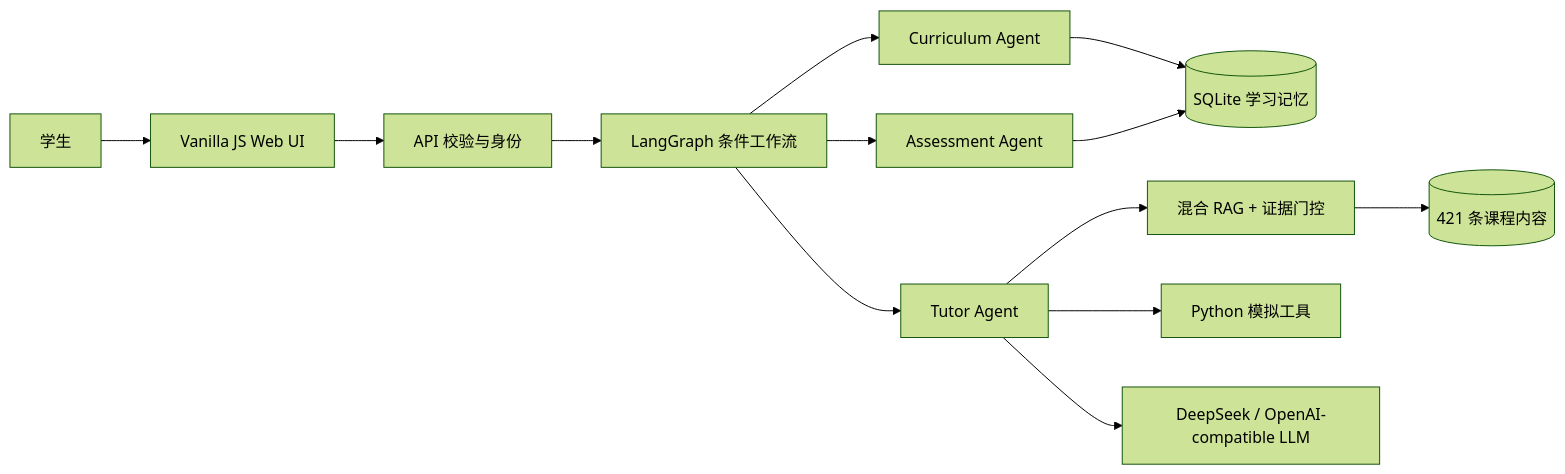
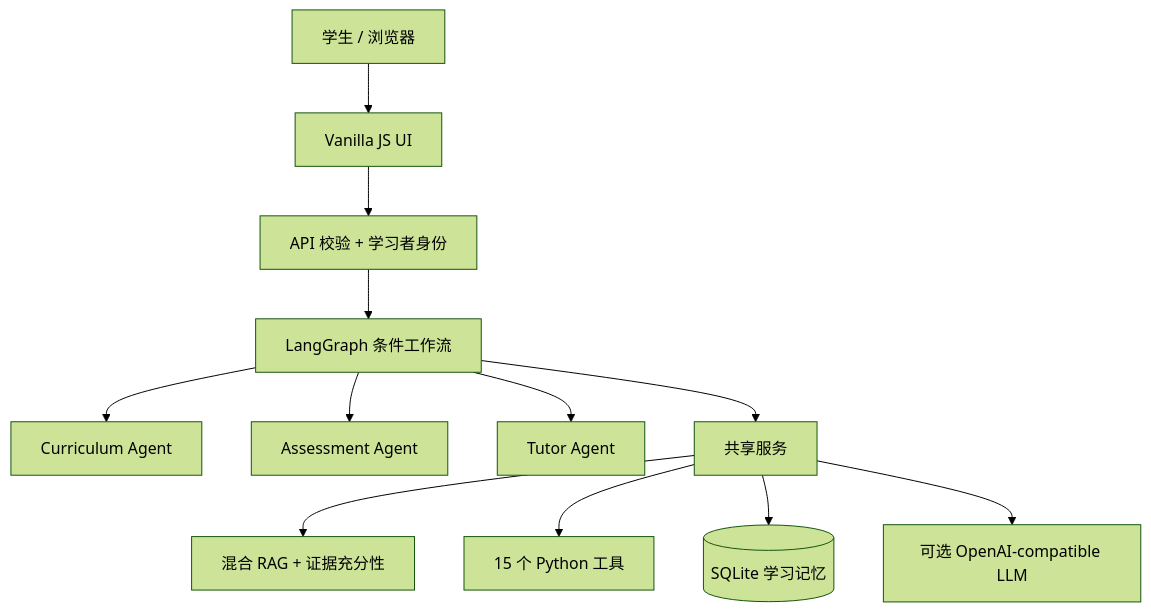
Before and after one commit to JW35711/ai-tutor-for-stochastic-processes: the diagram in README.zh-CN.md, drawn with Mermaid (forest theme). The commit also changed other lines of this file and 6 other files, not shown here.

Commit message:
docs: align portfolio narrative with actual architecture

````diff
--- a/README.zh-CN.md
+++ b/README.zh-CN.md
@@ -58,15 +60,14 @@
 ```mermaid
-flowchart LR
-    U[学生] --> W[Vanilla JS Web UI]
-    W --> A[API 校验与身份]
-    A --> G[LangGraph 条件工作流]
-    G --> C[Curriculum Agent]
-    G --> T[Tutor Agent]
-    G --> Q[Assessment Agent]
-    C --> S[(SQLite 学习记忆)]
-    Q --> S
-    T --> R[混合 RAG + 证据门控]
-    T --> P[Python 模拟工具]
-    T --> L[DeepSeek / OpenAI-compatible LLM]
-    R --> K[(421 条课程内容)]
+flowchart TD
+    STUDENT[学生 / 浏览器] --> UI[Vanilla JS UI]
+    UI --> API[API 校验 + 学习者身份]
+    API --> GRAPH[LangGraph 条件工作流]
+    GRAPH --> CURRICULUM[Curriculum Agent]
+    GRAPH --> ASSESSMENT[Assessment Agent]
+    GRAPH --> TUTOR[Tutor Agent]
+    GRAPH --> SERVICES[共享服务]
+    SERVICES --> RAG[混合 RAG + 证据充分性]
+    SERVICES --> PYTHON[15 个 Python 工具]
+    SERVICES --> SQLITE[(SQLite 学习记忆)]
+    SERVICES --> LLM[可选 OpenAI-compatible LLM]
 ```
````
